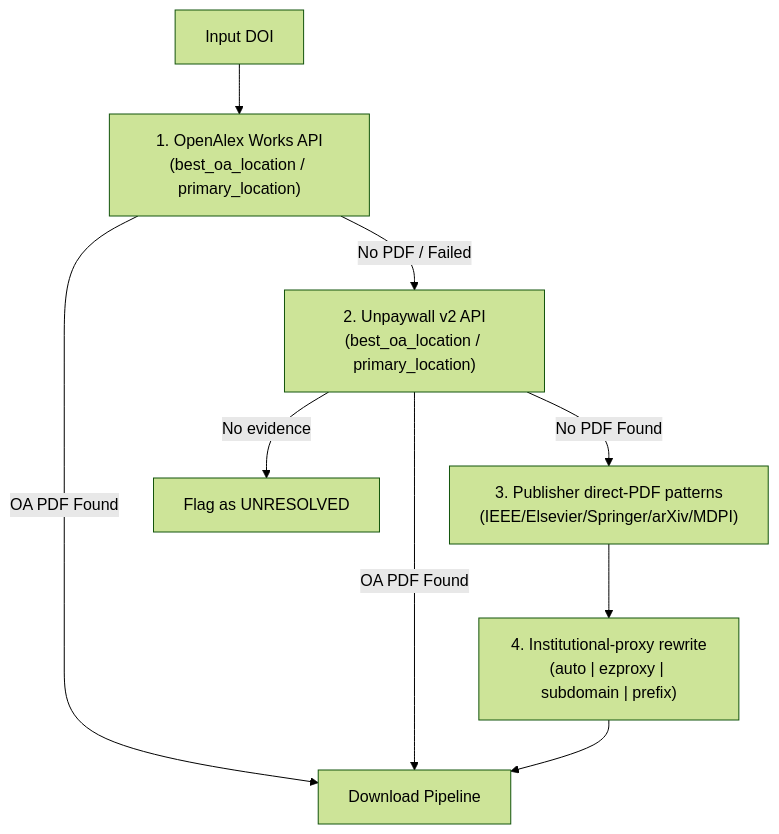
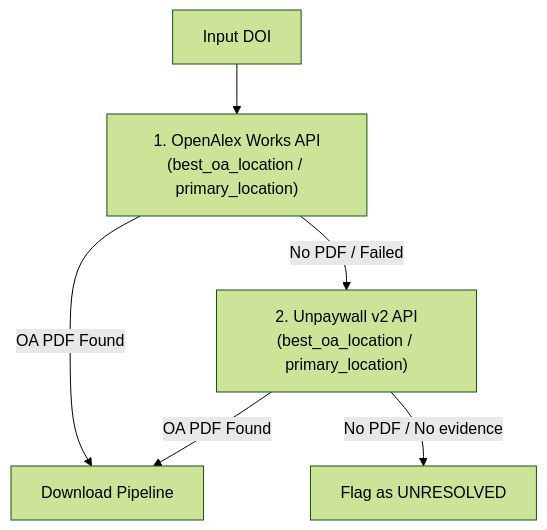
The diagram in .agents/skills/scholar-pdf-kit/references/resolution_and_download.md (nexus-scholar-org/nexus-scholar-harness), drawn with Mermaid (forest theme) before and after one commit. The commit also changed other lines of this file and 11 other files, not shown here.

````diff
--- a/.agents/skills/scholar-pdf-kit/references/resolution_and_download.md
+++ b/.agents/skills/scholar-pdf-kit/references/resolution_and_download.md
@@ -12,11 +12,8 @@
 ```mermaid
 flowchart TD
     DOI["Input DOI"] --> OA["1. OpenAlex Works API\n(best_oa_location / primary_location)"]
     OA -- "OA PDF Found" --> DL["Download Pipeline"]
     OA -- "No PDF / Failed" --> UP["2. Unpaywall v2 API\n(best_oa_location / primary_location)"]
     UP -- "OA PDF Found" --> DL
-    UP -- "No PDF Found" --> DIR["3. Publisher direct-PDF patterns\n(IEEE/Elsevier/Springer/arXiv/MDPI)"]
-    DIR --> PROX["4. Institutional-proxy rewrite\n(auto | ezproxy | subdomain | prefix)"]
-    PROX --> DL
-    UP -- "No evidence" --> FAIL["Flag as UNRESOLVED"]
+    UP -- "No PDF / No evidence" --> FAIL["Flag as UNRESOLVED"]
 ```
````
